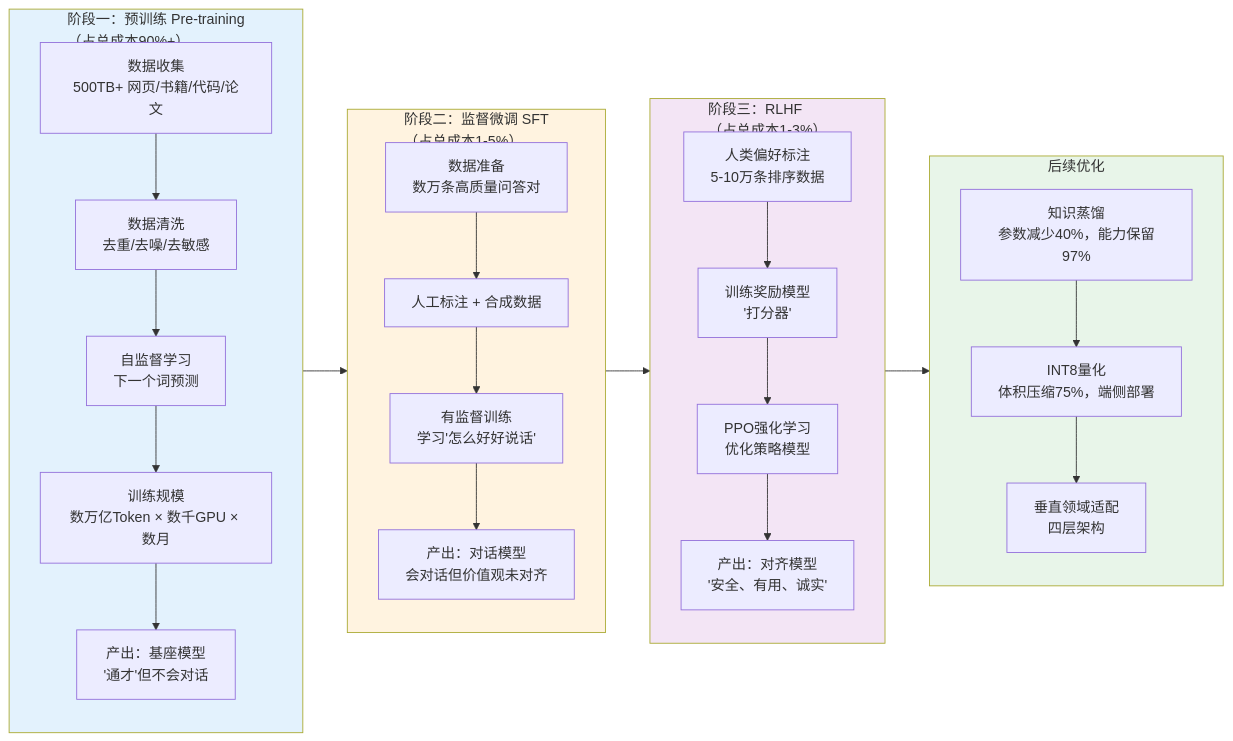
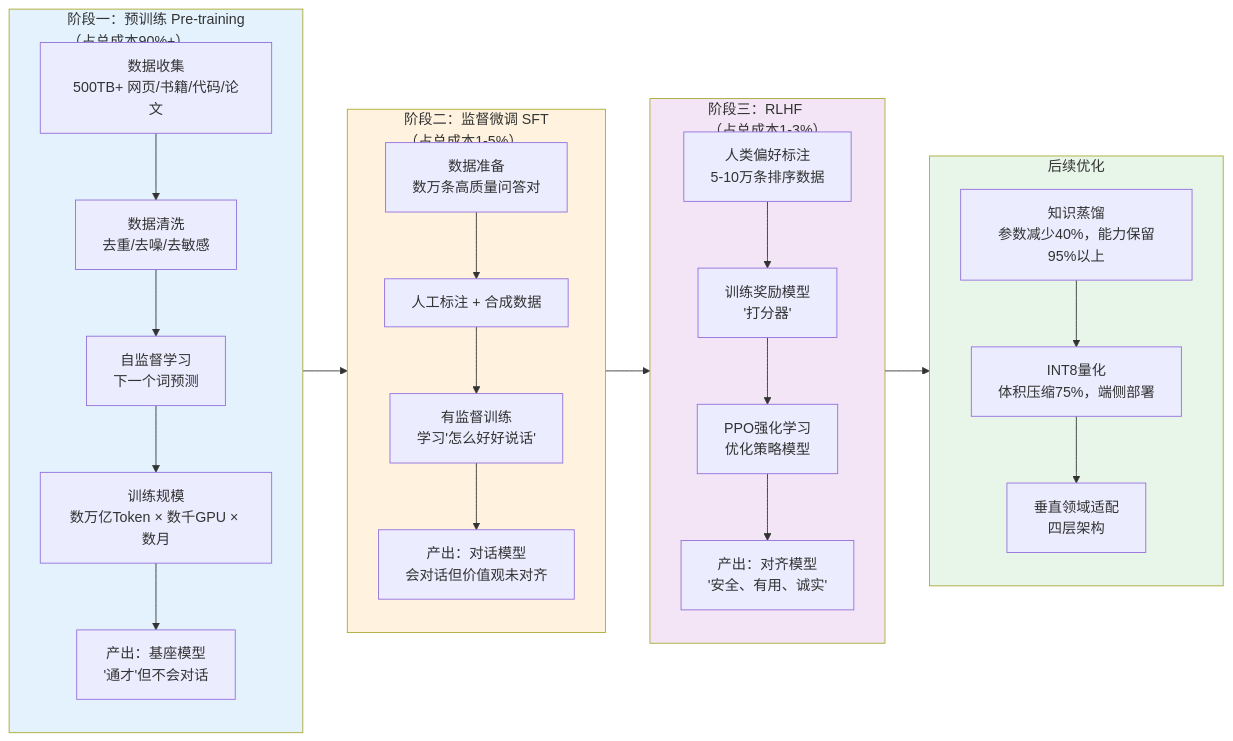
The third of 32 diagrams in 2026年AI行业技术指南.md (outakukou/ai-technology-guide-2026), drawn with Mermaid before and after one commit. The commit also changed other lines of this file and 1 other file, not shown here.

````diff
--- a/2026年AI行业技术指南.md
+++ b/2026年AI行业技术指南.md
@@ -713,37 +713,37 @@
 ```mermaid
 flowchart LR
     subgraph Stage1["阶段一：预训练 Pre-training<br/>（占总成本90%+）"]
         direction TB
         A1["数据收集<br/>500TB+ 网页/书籍/代码/论文"] --> A2["数据清洗<br/>去重/去噪/去敏感"]
         A2 --> A3["自监督学习<br/>下一个词预测"]
         A3 --> A4["训练规模<br/>数万亿Token × 数千GPU × 数月"]
         A4 --> A5["产出：基座模型<br/>'通才'但不会对话"]
     end
 
     subgraph Stage2["阶段二：监督微调 SFT<br/>（占总成本1-5%）"]
         direction TB
         B1["数据准备<br/>数万条高质量问答对"] --> B2["人工标注 + 合成数据"]
         B2 --> B3["有监督训练<br/>学习'怎么好好说话'"]
         B3 --> B4["产出：对话模型<br/>会对话但价值观未对齐"]
     end
 
     subgraph Stage3["阶段三：RLHF<br/>（占总成本1-3%）"]
         direction TB
         C1["人类偏好标注<br/>5-10万条排序数据"] --> C2["训练奖励模型<br/>'打分器'"]
         C2 --> C3["PPO强化学习<br/>优化策略模型"]
         C3 --> C4["产出：对齐模型<br/>'安全、有用、诚实'"]
     end
 
     subgraph Optimize["后续优化"]
         direction TB
-        D1["知识蒸馏<br/>参数减少40%，能力保留97%"] --> D2["INT8量化<br/>体积压缩75%，端侧部署"]
+        D1["知识蒸馏<br/>参数减少40%，能力保留95%以上"] --> D2["INT8量化<br/>体积压缩75%，端侧部署"]
         D2 --> D3["垂直领域适配<br/>四层架构"]
     end
 
     Stage1 --> Stage2 --> Stage3 --> Optimize
 
     style Stage1 fill:#e3f2fd
     style Stage2 fill:#fff3e0
     style Stage3 fill:#f3e5f5
     style Optimize fill:#e8f5e9
 ```
````
